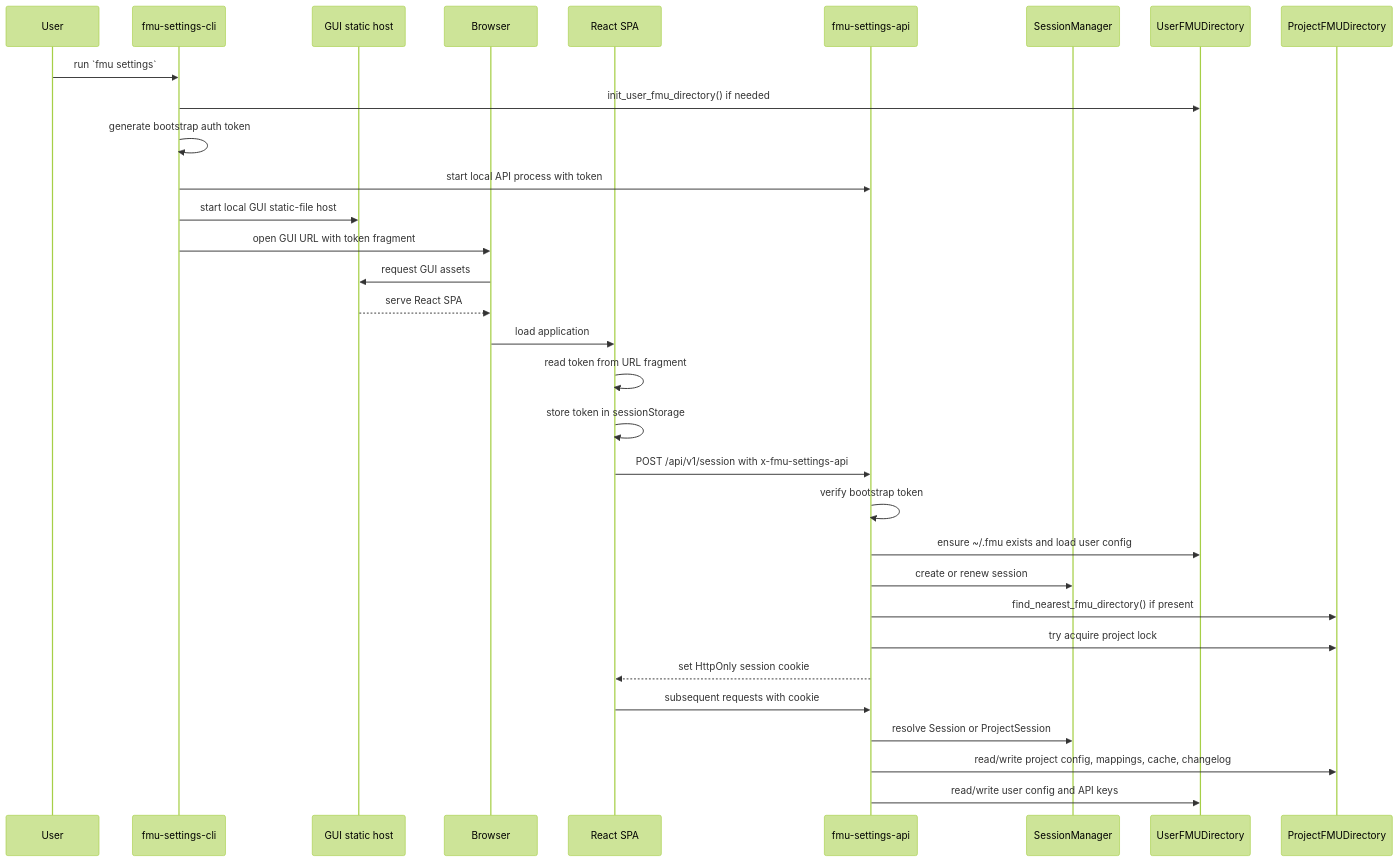
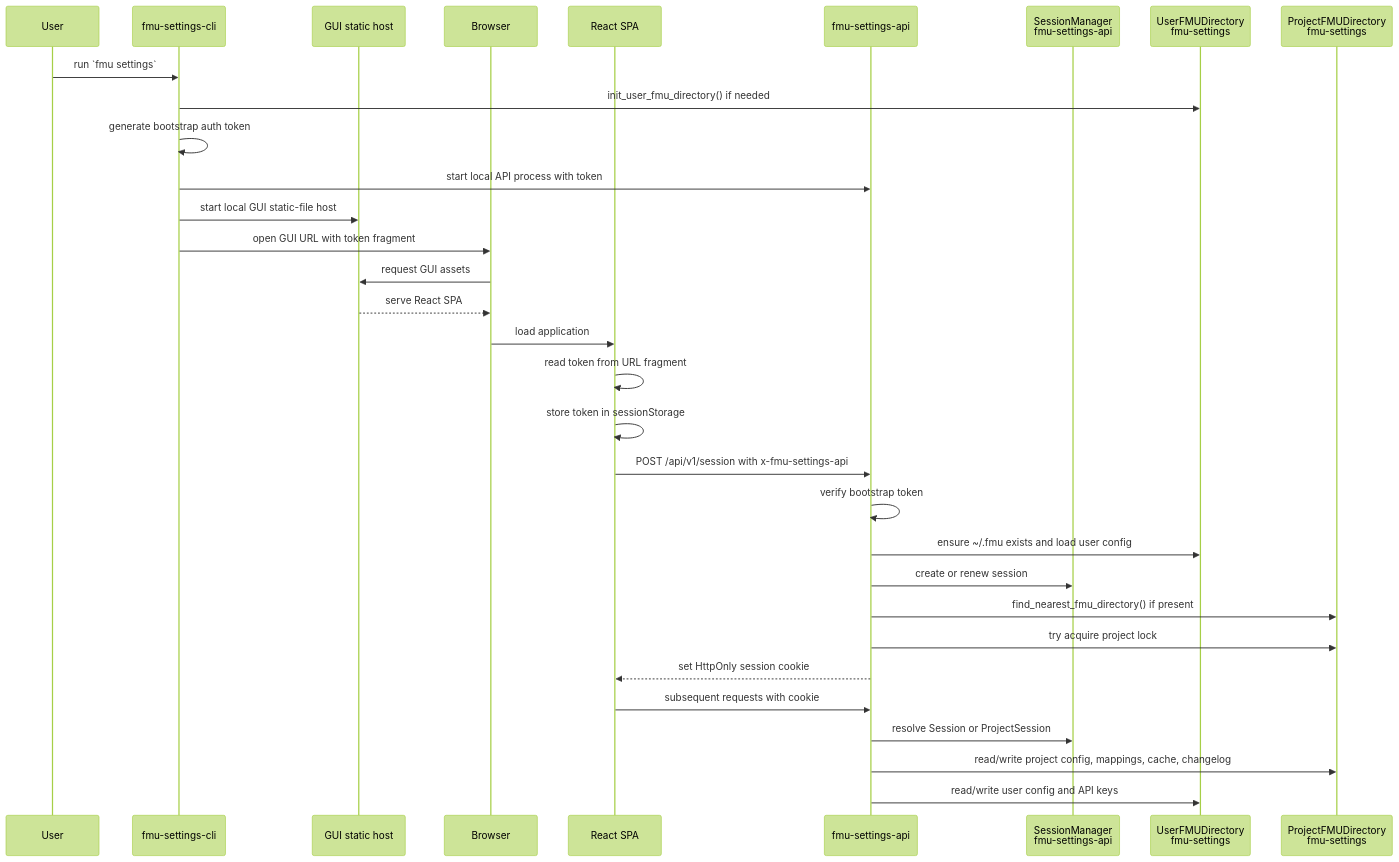
One commit to equinor/fmu-settings changed the third of 3 diagrams in ARCHITECTURE.md. Above: the diagram before and after it, drawn with Mermaid (forest theme). The commit also changed other lines of this file and 1 other file, not shown here.

````diff
--- a/ARCHITECTURE.md
+++ b/ARCHITECTURE.md
@@ -163,38 +163,38 @@
 ```mermaid
 sequenceDiagram
     participant User
     participant CLI as fmu-settings-cli
     participant GUIHost as GUI static host
     participant Browser
     participant SPA as React SPA
     participant API as fmu-settings-api
-    participant Session as SessionManager
-    participant UserFMU as UserFMUDirectory
-    participant ProjectFMU as ProjectFMUDirectory
+    participant Session as SessionManager<br/>fmu-settings-api
+    participant UserFMU as UserFMUDirectory<br/>fmu-settings
+    participant ProjectFMU as ProjectFMUDirectory<br/>fmu-settings
 
     User->>CLI: run `fmu settings`
     CLI->>UserFMU: init_user_fmu_directory() if needed
     CLI->>CLI: generate bootstrap auth token
     CLI->>API: start local API process with token
     CLI->>GUIHost: start local GUI static-file host
     CLI->>Browser: open GUI URL with token fragment
 
     Browser->>GUIHost: request GUI assets
     GUIHost-->>Browser: serve React SPA
     Browser->>SPA: load application
     SPA->>SPA: read token from URL fragment
     SPA->>SPA: store token in sessionStorage
     SPA->>API: POST /api/v1/session with x-fmu-settings-api
 
     API->>API: verify bootstrap token
     API->>UserFMU: ensure ~/.fmu exists and load user config
     API->>Session: create or renew session
     API->>ProjectFMU: find_nearest_fmu_directory() if present
     API->>ProjectFMU: try acquire project lock
     API-->>SPA: set HttpOnly session cookie
 
     SPA->>API: subsequent requests with cookie
     API->>Session: resolve Session or ProjectSession
     API->>ProjectFMU: read/write project config, mappings, cache, changelog
     API->>UserFMU: read/write user config and API keys
 ```
````
